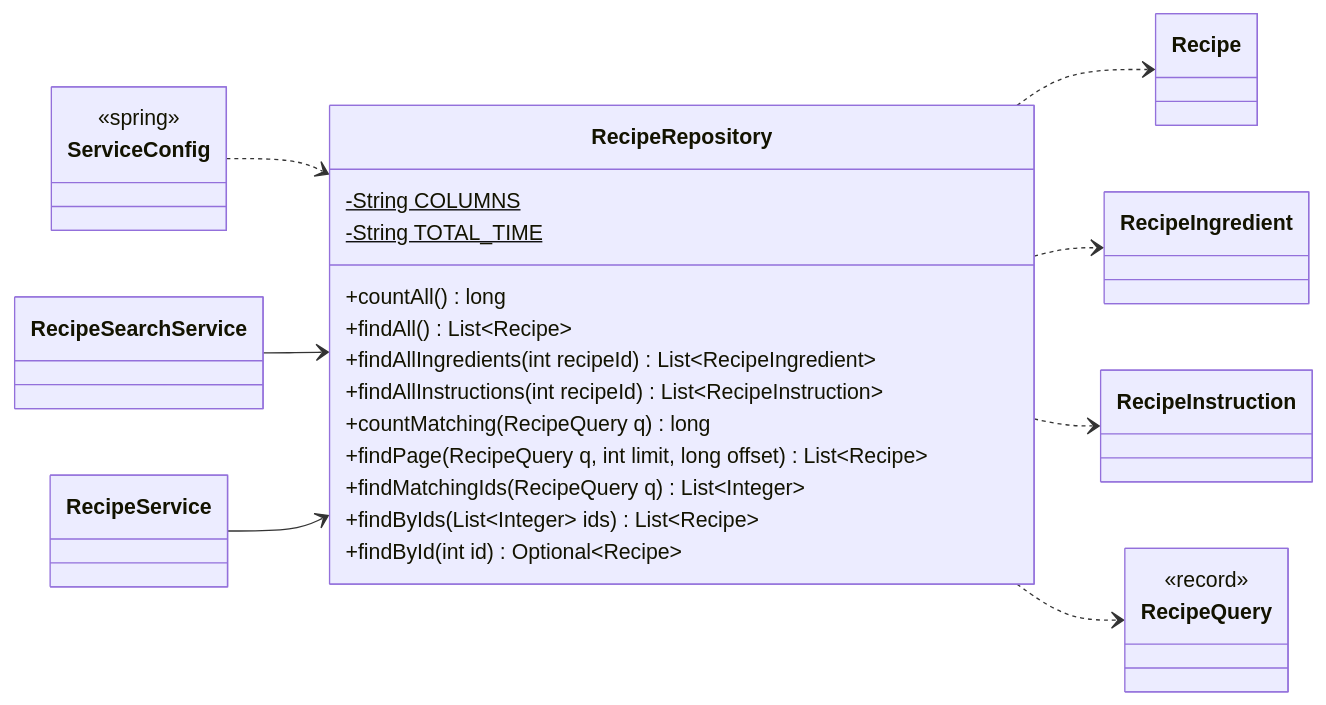
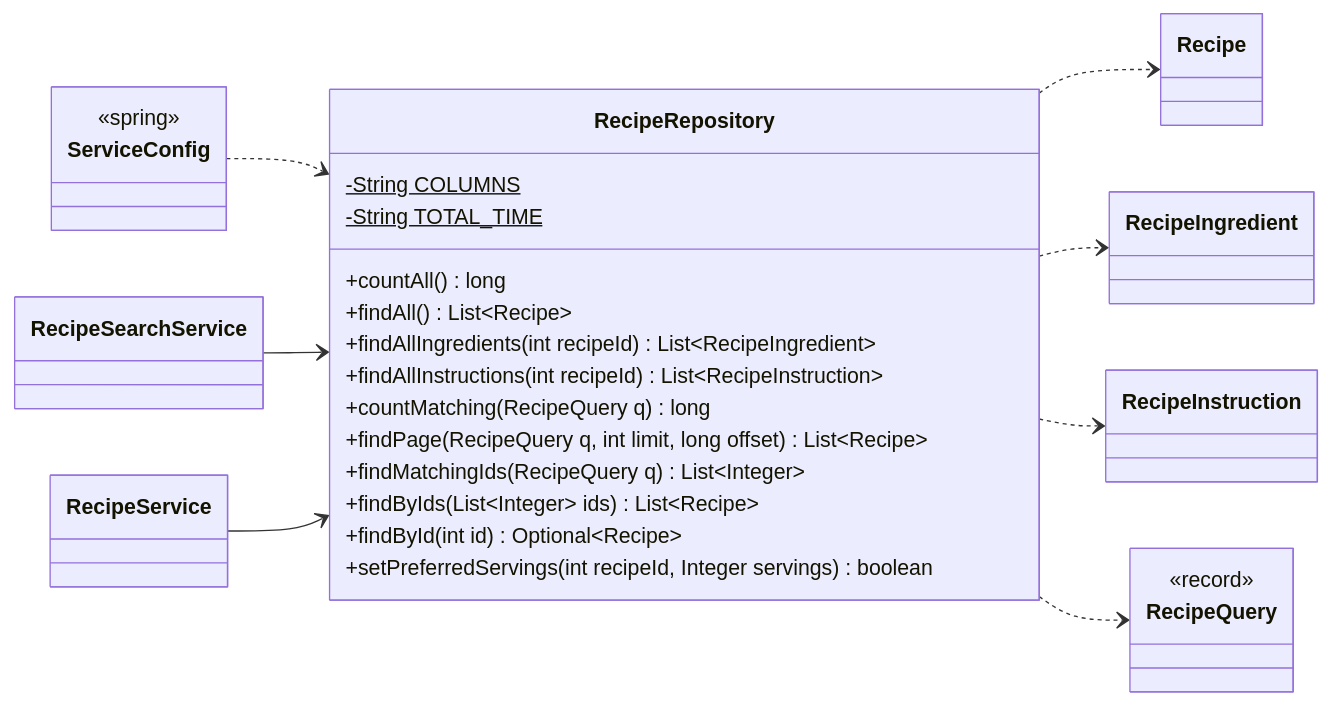
Before and after one commit to Nate-ryan-7690/dahaem: diagram 16 of 25 in docs/classes/mealplanner.md, drawn with Mermaid. The commit also changed other lines of this file and 5 other files, not shown here.

````diff
--- a/docs/classes/mealplanner.md
+++ b/docs/classes/mealplanner.md
@@ -610,35 +981,36 @@
 ```mermaid
 classDiagram
     direction LR
     class mealplanner_RecipeRepository["RecipeRepository"] {
         +countAll() long
         +findAll() List~Recipe~
         +findAllIngredients(int recipeId) List~RecipeIngredient~
         +findAllInstructions(int recipeId) List~RecipeInstruction~
         -String COLUMNS$
         -String TOTAL_TIME$
         +countMatching(RecipeQuery q) long
         +findPage(RecipeQuery q, int limit, long offset) List~Recipe~
         +findMatchingIds(RecipeQuery q) List~Integer~
         +findByIds(List~Integer~ ids) List~Recipe~
         +findById(int id) Optional~Recipe~
+        +setPreferredServings(int recipeId, Integer servings) boolean
     }
     class mealplanner_RecipeSearchService["RecipeSearchService"]
     class mealplanner_RecipeService["RecipeService"]
     class mealplanner_Recipe["Recipe"]
     class mealplanner_RecipeIngredient["RecipeIngredient"]
     class mealplanner_RecipeInstruction["RecipeInstruction"]
     class mealplanner_RecipeQuery["RecipeQuery"] {
         <<record>>
     }
     class api_ServiceConfig["ServiceConfig"] {
         <<spring>>
     }
     mealplanner_RecipeRepository ..> mealplanner_Recipe
     mealplanner_RecipeRepository ..> mealplanner_RecipeIngredient
     mealplanner_RecipeRepository ..> mealplanner_RecipeInstruction
     mealplanner_RecipeRepository ..> mealplanner_RecipeQuery
     api_ServiceConfig ..> mealplanner_RecipeRepository
     mealplanner_RecipeSearchService --> mealplanner_RecipeRepository
     mealplanner_RecipeService --> mealplanner_RecipeRepository
 ```
````
